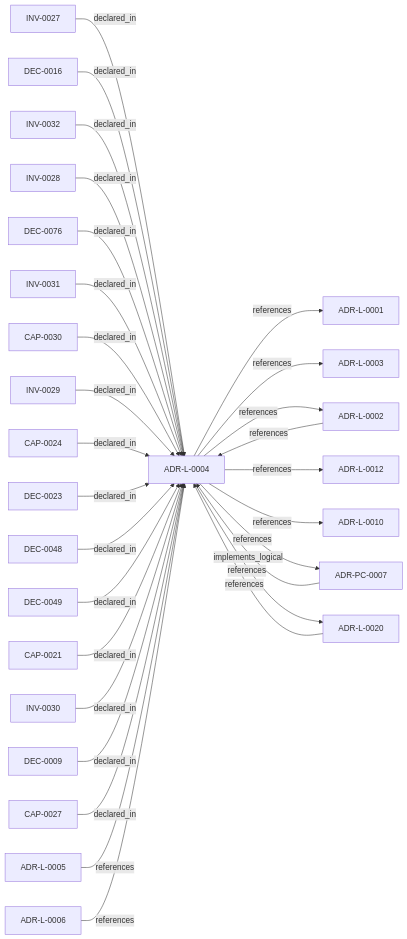
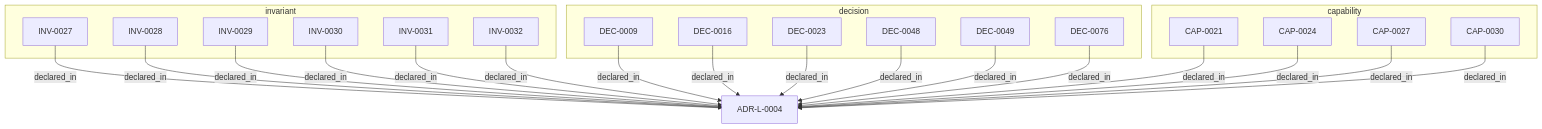
Before and after one commit to egallmann/adr-architecture-kit: the second of 2 diagrams in adrs/adr-projection/logical/ADR-L-0004-adr-to-implementation-traceability-via-decorators-and-metadata-attribution.md, drawn with Mermaid. The commit also changed other lines of this file and 177 other files, not shown here.

````diff
--- a/adrs/adr-projection/logical/ADR-L-0004-adr-to-implementation-traceability-via-decorators-and-metadata-attribution.md
+++ b/adrs/adr-projection/logical/ADR-L-0004-adr-to-implementation-traceability-via-decorators-and-metadata-attribution.md
@@ -79,57 +128,42 @@
 ```mermaid
-flowchart LR
-  n_019fee89_e615_70a5_861b_b2dde147e5af["ADR-L-0001"]
-  n_019fee89_e615_7129_ac3e_8120e0d7c106["INV-0027"]
-  n_019fee89_e615_727f_a31e_9b8f4c153dc3["DEC-0016"]
-  n_019fee89_e615_7288_b21b_9452d0e7faef["INV-0032"]
-  n_019fee89_e615_72db_8f32_3888e597d5c3["INV-0028"]
-  n_019fee89_e615_7332_892e_e723d9f13237["DEC-0076"]
-  n_019fee89_e615_7361_b717_6a0aae8df756["INV-0031"]
-  n_019fee89_e615_73a3_8d31_7a4721affae9["ADR-L-0005"]
-  n_019fee89_e615_7476_a31e_769637c9b7d1["CAP-0030"]
+flowchart TB
   n_019fee89_e615_7577_8d37_dd0df031bec9["ADR-L-0004"]
-  n_019fee89_e615_75c7_aa3f_b6489db09c24["INV-0029"]
-  n_019fee89_e615_77f6_9b1f_695732d25443["ADR-L-0003"]
-  n_019fee89_e615_7804_ad2e_184eeaf6ea0f["CAP-0024"]
-  n_019fee89_e615_7a6b_843f_3cec701087f8["DEC-0023"]
-  n_019fee89_e615_7b66_b73a_3b99f7d92d4d["ADR-L-0006"]
-  n_019fee89_e615_7c19_b73f_0741bf060af1["DEC-0048"]
-  n_019fee89_e615_7cdd_ad21_34d0a44bec33["DEC-0049"]
-  n_019fee89_e615_7dd6_b137_8546c4e74c22["CAP-0021"]
-  n_019fee89_e615_7e2e_bf3f_577dc4ade891["INV-0030"]
-  n_019fee89_e615_7e6c_8a2f_8bcd9c148dce["DEC-0009"]
-  n_019fee89_e615_7e73_a30e_6f029c9cb1b3["CAP-0027"]
-  n_019fee89_e615_7f19_810b_c7b33a9d9e0d["ADR-L-0002"]
-  n_019fee89_e616_744f_b63e_5ecddf344faa["ADR-L-0012"]
-  n_019fee89_e616_7d61_8e35_f11ba2ddd75d["ADR-L-0010"]
-  n_019ffdba_3c42_70da_b33d_efc003269c42["ADR-PC-0007"]
-  n_019ffdba_3c42_7c4a_a737_f6751a265d60["ADR-L-0020"]
+  subgraph sg_capability["capability"]
+    n_019fee89_e615_7dd6_b137_8546c4e74c22["CAP-0021"]
+    n_019fee89_e615_7804_ad2e_184eeaf6ea0f["CAP-0024"]
+    n_019fee89_e615_7e73_a30e_6f029c9cb1b3["CAP-0027"]
+    n_019fee89_e615_7476_a31e_769637c9b7d1["CAP-0030"]
+  end
+  subgraph sg_decision["decision"]
+    n_019fee89_e615_7e6c_8a2f_8bcd9c148dce["DEC-0009"]
+    n_019fee89_e615_727f_a31e_9b8f4c153dc3["DEC-0016"]
+    n_019fee89_e615_7a6b_843f_3cec701087f8["DEC-0023"]
+    n_019fee89_e615_7c19_b73f_0741bf060af1["DEC-0048"]
+    n_019fee89_e615_7cdd_ad21_34d0a44bec33["DEC-0049"]
+    n_019fee89_e615_7332_892e_e723d9f13237["DEC-0076"]
+  end
+  subgraph sg_invariant["invariant"]
+    n_019fee89_e615_7129_ac3e_8120e0d7c106["INV-0027"]
+    n_019fee89_e615_72db_8f32_3888e597d5c3["INV-0028"]
+    n_019fee89_e615_75c7_aa3f_b6489db09c24["INV-0029"]
+    n_019fee89_e615_7e2e_bf3f_577dc4ade891["INV-0030"]
+    n_019fee89_e615_7361_b717_6a0aae8df756["INV-0031"]
+    n_019fee89_e615_7288_b21b_9452d0e7faef["INV-0032"]
+  end
   n_019fee89_e615_7129_ac3e_8120e0d7c106 -->|"declared_in"| n_019fee89_e615_7577_8d37_dd0df031bec9
   n_019fee89_e615_727f_a31e_9b8f4c153dc3 -->|"declared_in"| n_019fee89_e615_7577_8d37_dd0df031bec9
   n_019fee89_e615_7288_b21b_9452d0e7faef -->|"declared_in"| n_019fee89_e615_7577_8d37_dd0df031bec9
   n_019fee89_e615_72db_8f32_3888e597d5c3 -->|"declared_in"| n_019fee89_e615_7577_8d37_dd0df031bec9
   n_019fee89_e615_7332_892e_e723d9f13237 -->|"declared_in"| n_019fee89_e615_7577_8d37_dd0df031bec9
   n_019fee89_e615_7361_b717_6a0aae8df756 -->|"declared_in"| n_019fee89_e615_7577_8d37_dd0df031bec9
   n_019fee89_e615_7476_a31e_769637c9b7d1 -->|"declared_in"| n_019fee89_e615_7577_8d37_dd0df031bec9
   n_019fee89_e615_75c7_aa3f_b6489db09c24 -->|"declared_in"| n_019fee89_e615_7577_8d37_dd0df031bec9
   n_019fee89_e615_7804_ad2e_184eeaf6ea0f -->|"declared_in"| n_019fee89_e615_7577_8d37_dd0df031bec9
   n_019fee89_e615_7a6b_843f_3cec701087f8 -->|"declared_in"| n_019fee89_e615_7577_8d37_dd0df031bec9
   n_019fee89_e615_7c19_b73f_0741bf060af1 -->|"declared_in"| n_019fee89_e615_7577_8d37_dd0df031bec9
   n_019fee89_e615_7cdd_ad21_34d0a44bec33 -->|"declared_in"| n_019fee89_e615_7577_8d37_dd0df031bec9
   n_019fee89_e615_7dd6_b137_8546c4e74c22 -->|"declared_in"| n_019fee89_e615_7577_8d37_dd0df031bec9
   n_019fee89_e615_7e2e_bf3f_577dc4ade891 -->|"declared_in"| n_019fee89_e615_7577_8d37_dd0df031bec9
   n_019fee89_e615_7e6c_8a2f_8bcd9c148dce -->|"declared_in"| n_019fee89_e615_7577_8d37_dd0df031bec9
   n_019fee89_e615_7e73_a30e_6f029c9cb1b3 -->|"declared_in"| n_019fee89_e615_7577_8d37_dd0df031bec9
-  n_019ffdba_3c42_70da_b33d_efc003269c42 -->|"implements_logical"| n_019fee89_e615_7577_8d37_dd0df031bec9
-  n_019fee89_e615_73a3_8d31_7a4721affae9 -->|"references"| n_019fee89_e615_7577_8d37_dd0df031bec9
-  n_019fee89_e615_7577_8d37_dd0df031bec9 -->|"references"| n_019fee89_e615_70a5_861b_b2dde147e5af
-  n_019fee89_e615_7577_8d37_dd0df031bec9 -->|"references"| n_019fee89_e615_77f6_9b1f_695732d25443
-  n_019fee89_e615_7577_8d37_dd0df031bec9 -->|"references"| n_019fee89_e615_7f19_810b_c7b33a9d9e0d
-  n_019fee89_e615_7577_8d37_dd0df031bec9 -->|"references"| n_019fee89_e616_744f_b63e_5ecddf344faa
-  n_019fee89_e615_7577_8d37_dd0df031bec9 -->|"references"| n_019fee89_e616_7d61_8e35_f11ba2ddd75d
-  n_019fee89_e615_7577_8d37_dd0df031bec9 -->|"references"| n_019ffdba_3c42_70da_b33d_efc003269c42
-  n_019fee89_e615_7577_8d37_dd0df031bec9 -->|"references"| n_019ffdba_3c42_7c4a_a737_f6751a265d60
-  n_019fee89_e615_7b66_b73a_3b99f7d92d4d -->|"references"| n_019fee89_e615_7577_8d37_dd0df031bec9
-  n_019fee89_e615_7f19_810b_c7b33a9d9e0d -->|"references"| n_019fee89_e615_7577_8d37_dd0df031bec9
-  n_019ffdba_3c42_7c4a_a737_f6751a265d60 -->|"references"| n_019fee89_e615_7577_8d37_dd0df031bec9
 ```
````
